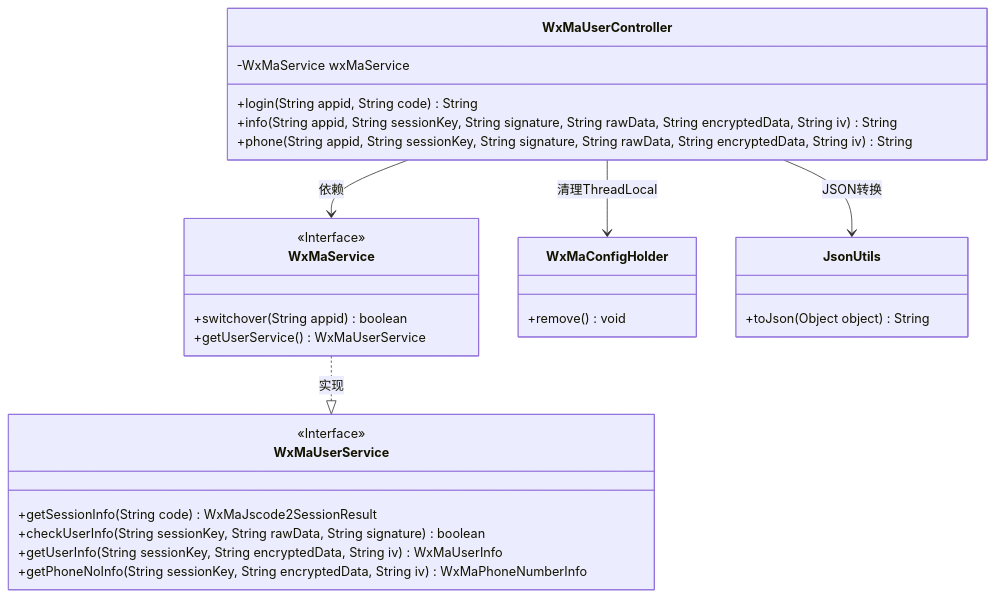
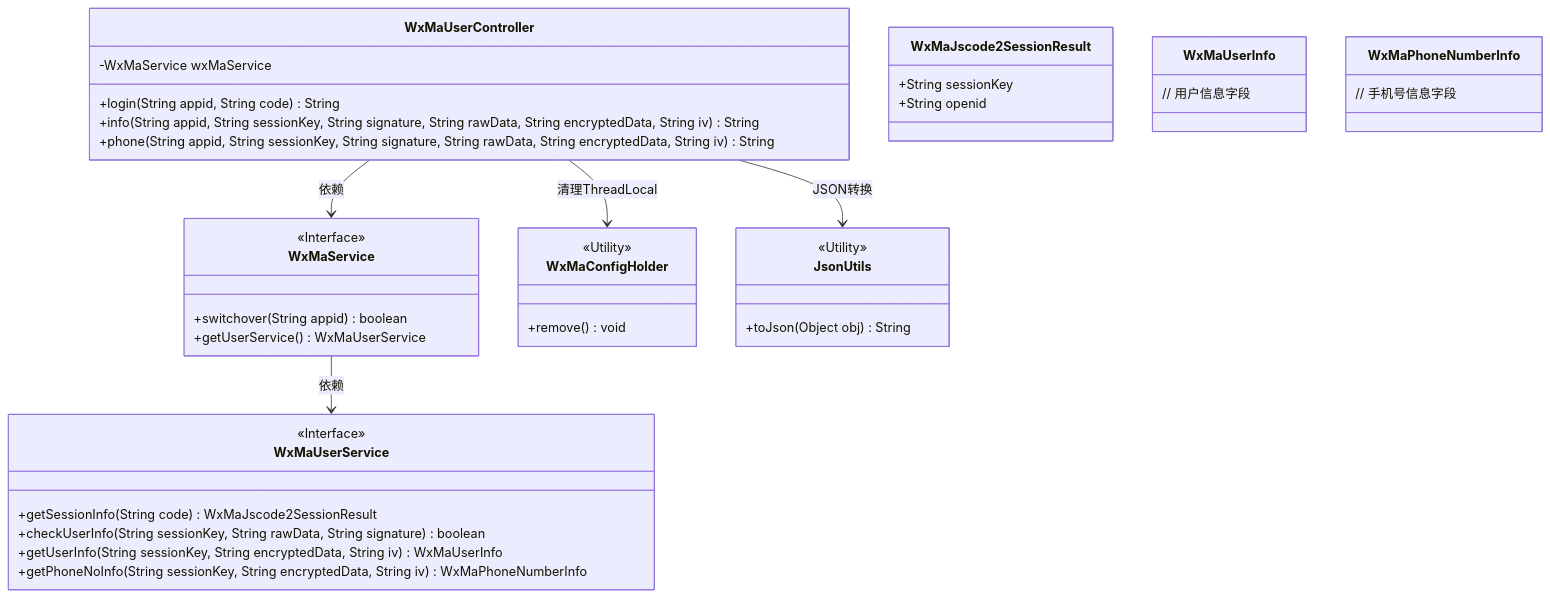
Before and after one commit to v-wjrong/rongwj666_weixin-java-miniapp-demo: the first of 2 diagrams in docs/zh/docs/src/main/java/com/github/binarywang/demo/wx/miniapp/controller/WxMaUserController.md, drawn with Mermaid. The commit also changed other lines of this file and 49 other files, not shown here.

````diff
--- a/docs/zh/docs/src/main/java/com/github/binarywang/demo/wx/miniapp/controller/WxMaUserController.md
+++ b/docs/zh/docs/src/main/java/com/github/binarywang/demo/wx/miniapp/controller/WxMaUserController.md
@@ -36,36 +36,51 @@
 ```mermaid
 classDiagram
     class WxMaUserController {
         -WxMaService wxMaService
         +login(String appid, String code) String
         +info(String appid, String sessionKey, String signature, String rawData, String encryptedData, String iv) String
         +phone(String appid, String sessionKey, String signature, String rawData, String encryptedData, String iv) String
     }
 
     class WxMaService {
         <<Interface>>
         +switchover(String appid) boolean
         +getUserService() WxMaUserService
     }
 
     class WxMaUserService {
         <<Interface>>
         +getSessionInfo(String code) WxMaJscode2SessionResult
         +checkUserInfo(String sessionKey, String rawData, String signature) boolean
         +getUserInfo(String sessionKey, String encryptedData, String iv) WxMaUserInfo
         +getPhoneNoInfo(String sessionKey, String encryptedData, String iv) WxMaPhoneNumberInfo
     }
 
+    class WxMaJscode2SessionResult {
+        +String sessionKey
+        +String openid
+    }
+
+    class WxMaUserInfo {
+        // 用户信息字段
+    }
+
+    class WxMaPhoneNumberInfo {
+        // 手机号信息字段
+    }
+
     class WxMaConfigHolder {
+        <<Utility>>
         +remove() void
     }
 
     class JsonUtils {
-        +toJson(Object object) String
+        <<Utility>>
+        +toJson(Object obj) String
     }
 
     WxMaUserController --> WxMaService : 依赖
+    WxMaService --> WxMaUserService : 依赖
     WxMaUserController --> WxMaConfigHolder : 清理ThreadLocal
     WxMaUserController --> JsonUtils : JSON转换
-    WxMaService ..|> WxMaUserService : 实现
 ```
````
